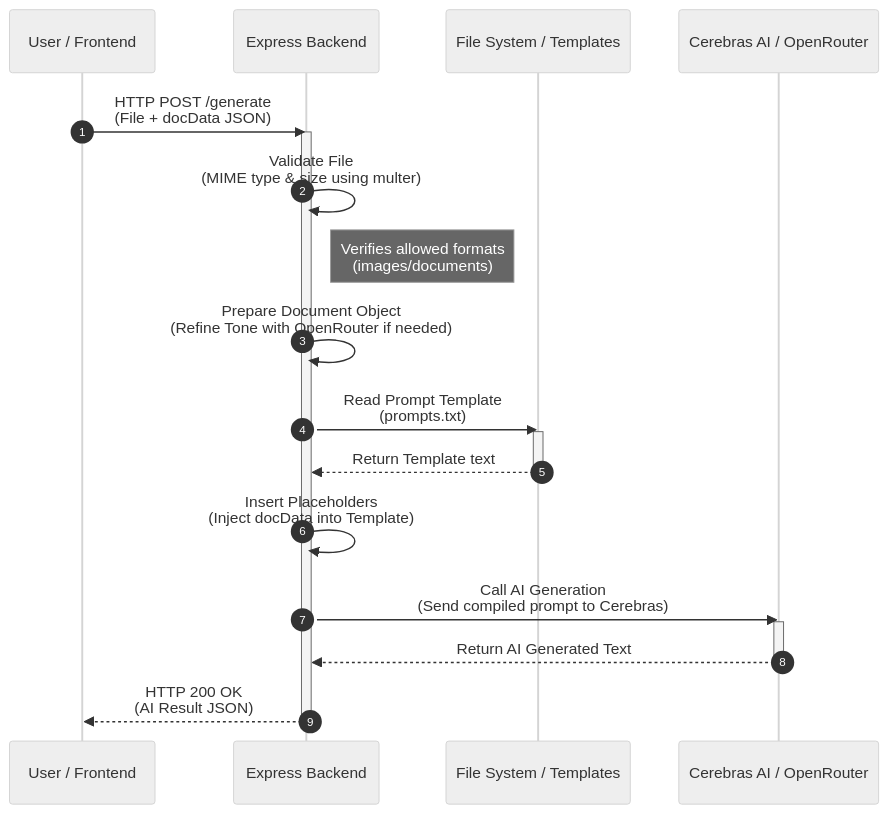
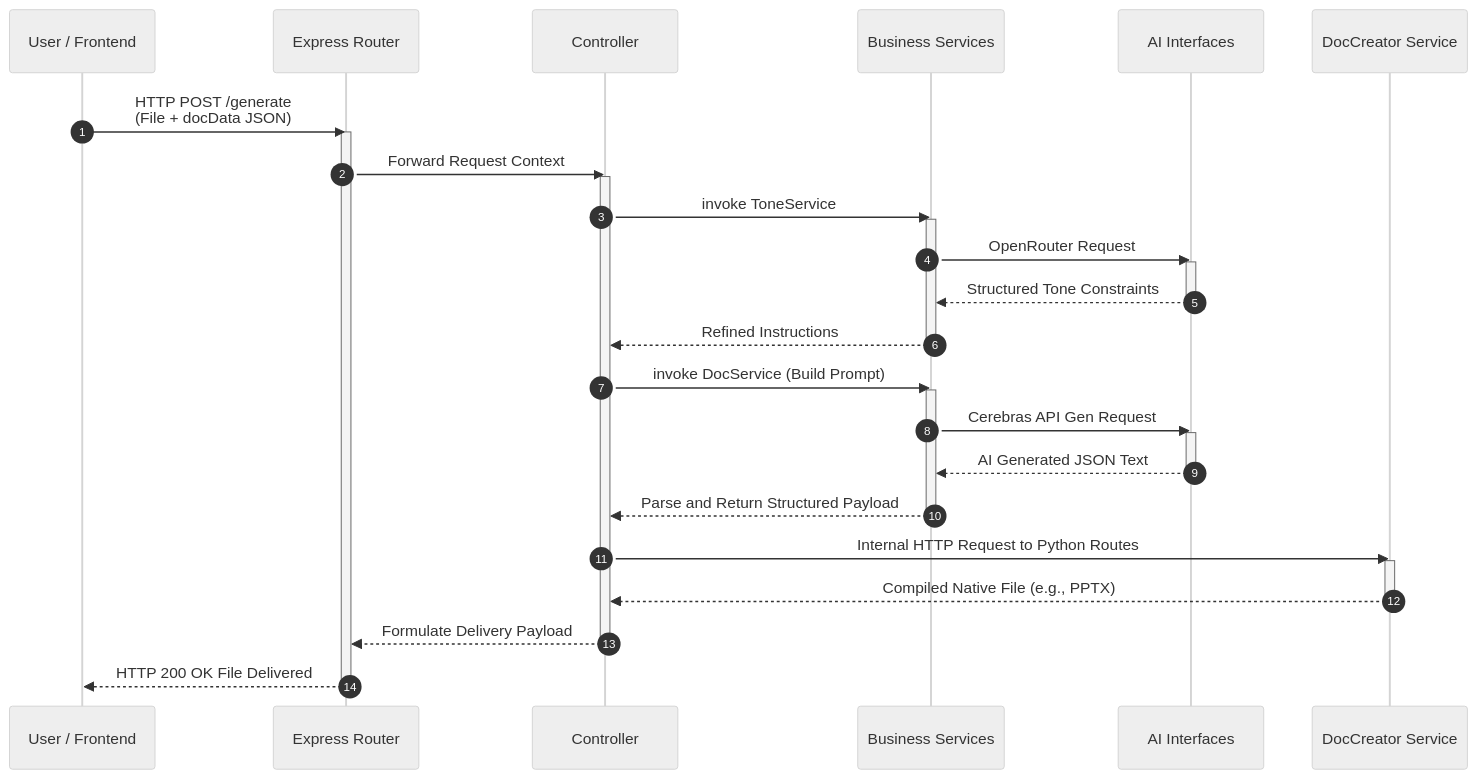
Before and after one commit to msv6264/docForU: the diagram in DOCUMENTATIONS/flow.md, drawn with Mermaid (neutral theme). The commit also changed other lines of this file and 6 other files, not shown here.

````diff
--- a/DOCUMENTATIONS/flow.md
+++ b/DOCUMENTATIONS/flow.md
@@ -7,31 +7,48 @@
 ```mermaid
 sequenceDiagram
     autonumber
     participant User as User / Frontend
-    participant Server as Express Backend
-    participant Storage as File System / Templates
-    participant AI as Cerebras AI / OpenRouter
+    participant Route as Express Router
+    participant Controller as Controller
+    participant Service as Business Services
+    participant AIService as AI Interfaces
+    participant Python as DocCreator Service
 
-    User->>Server: HTTP POST /generate<br/>(File + docData JSON)
-    activate Server
+    User->>Route: HTTP POST /generate<br/>(File + docData JSON)
+    activate Route
     
-    Server->>Server: Validate File <br/>(MIME type & size using multer)
-    Note right of Server: Verifies allowed formats<br/>(images/documents)
+    Route->>Controller: Forward Request Context
+    activate Controller
     
-    Server->>Server: Prepare Document Object<br/>(Refine Tone with OpenRouter if needed)
+    %% Tone formatting if requested
+    Controller->>Service: invoke ToneService
+    activate Service
+    Service->>AIService: OpenRouter Request
+    activate AIService
+    AIService-->>Service: Structured Tone Constraints
+    deactivate AIService
+    Service-->>Controller: Refined Instructions
+    deactivate Service
     
-    Server->>Storage: Read Prompt Template<br/>(prompts.txt)
-    activate Storage
-    Storage-->>Server: Return Template text
-    deactivate Storage
+    %% Prompt generation 
+    Controller->>Service: invoke DocService (Build Prompt)
+    activate Service
+    Service->>AIService: Cerebras API Gen Request
+    activate AIService
+    AIService-->>Service: AI Generated JSON Text
+    deactivate AIService
+    Service-->>Controller: Parse and Return Structured Payload
+    deactivate Service
     
-    Server->>Server: Insert Placeholders<br/>(Inject docData into Template)
+    %% Document Delegation
+    Controller->>Python: Internal HTTP Request to Python Routes
+    activate Python
+    Python-->>Controller: Compiled Native File (e.g., PPTX)
+    deactivate Python
     
-    Server->>AI: Call AI Generation<br/>(Send compiled prompt to Cerebras)
-    activate AI
-    AI-->>Server: Return AI Generated Text
-    deactivate AI
+    Controller-->>Route: Formulate Delivery Payload
+    deactivate Controller
     
-    Server-->>User: HTTP 200 OK<br/>(AI Result JSON)
-    deactivate Server
+    Route-->>User: HTTP 200 OK File Delivered
+    deactivate Route
 ```
````
